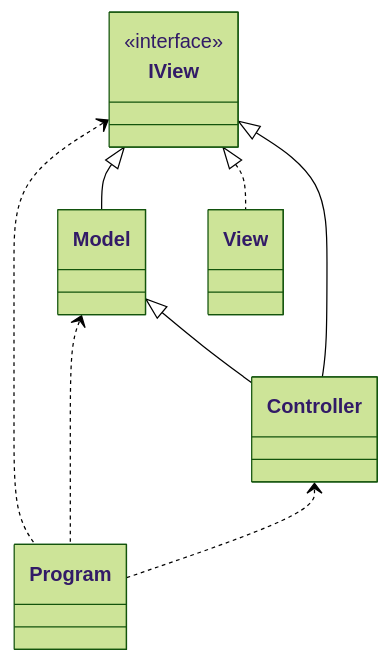
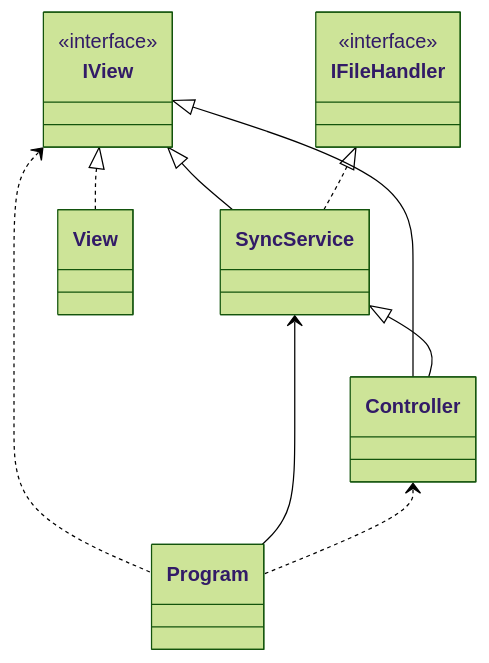
One commit to bryanb619/VeamQATaks changed the diagram in README.md. Above: the diagram before and after it, drawn with Mermaid (forest theme). The commit also changed other lines of this file, not shown here.

Commit message:
Add final UML & Program explantion (README)

````diff
--- a/README.md
+++ b/README.md
@@ -31,18 +31,22 @@
 ```mermaid
 
 classDiagram
 
-IView       <.. Program
-Model       <.. Program
-Controller  <.. Program
+IView           <.. Program
+SyncService     <-- Program
+Controller      <.. Program
 
-IView       <|-- Model 
-IView       <|..  View
+IView           <|-- SyncService
+IView           <|..  View
 
-IView       <|-- Controller
-Model       <|-- Controller
+IView           <|-- Controller
+SyncService     <|-- Controller
+IFileHandler    <|.. SyncService
 
 class IView
 <<interface>>  IView
 
+class IFileHandler
+<<interface>>  IFileHandler
+
 ```
````
